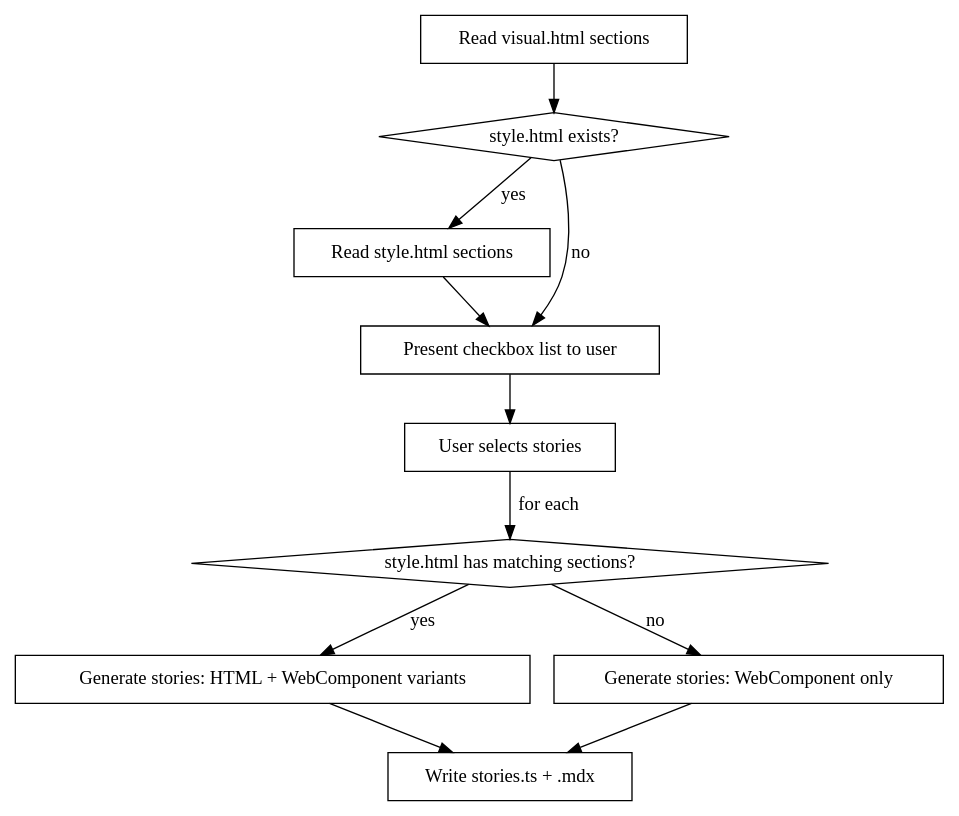
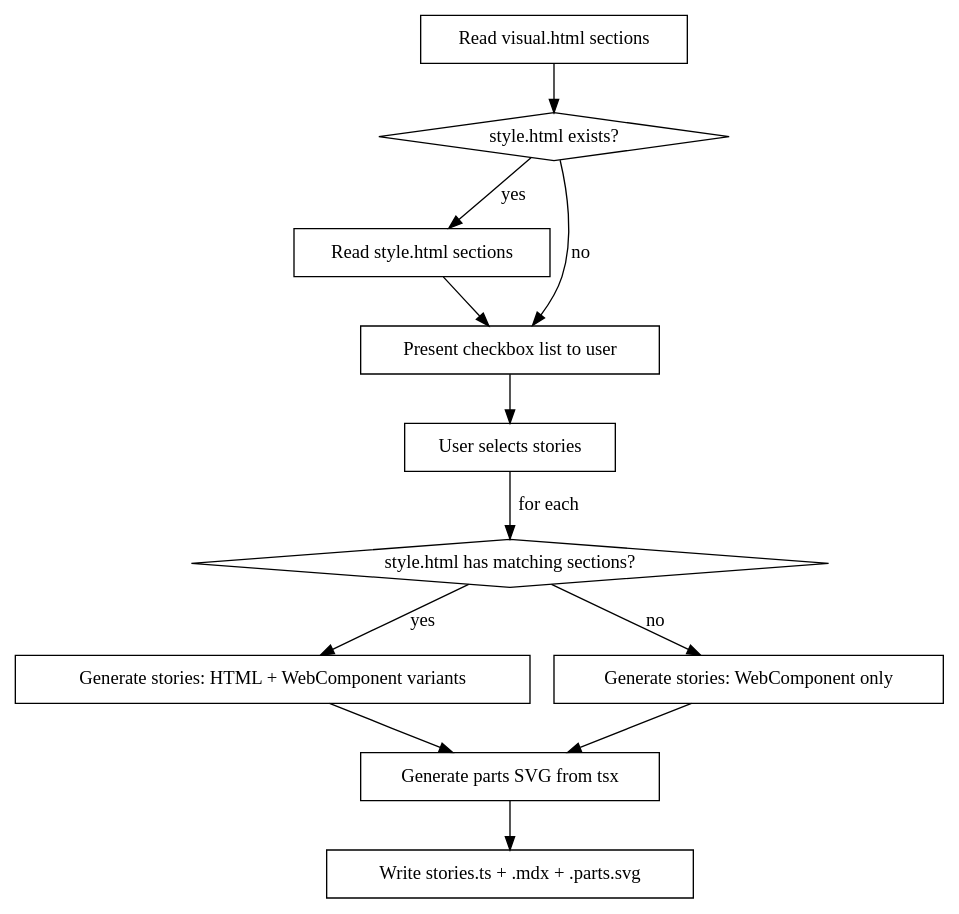
Before and after one commit to baloise/design-system: the diagram in .claude/skills/write-component-docs/SKILL.md, drawn with Graphviz. The commit also changed other lines of this file and 71 other files, not shown here.

````diff
--- a/.claude/skills/write-component-docs/SKILL.md
+++ b/.claude/skills/write-component-docs/SKILL.md
@@ -12,24 +12,26 @@
 ```dot
 digraph docs {
   "Read visual.html sections" [shape=box];
   "style.html exists?" [shape=diamond];
   "Read style.html sections" [shape=box];
   "Present checkbox list to user" [shape=box];
   "User selects stories" [shape=box];
   "style.html has matching sections?" [shape=diamond];
   "Generate stories: HTML + WebComponent variants" [shape=box];
   "Generate stories: WebComponent only" [shape=box];
-  "Write stories.ts + .mdx" [shape=box];
+  "Generate parts SVG from tsx" [shape=box];
+  "Write stories.ts + .mdx + .parts.svg" [shape=box];
 
   "Read visual.html sections" -> "style.html exists?";
   "style.html exists?" -> "Read style.html sections" [label="yes"];
   "style.html exists?" -> "Present checkbox list to user" [label="no"];
   "Read style.html sections" -> "Present checkbox list to user";
   "Present checkbox list to user" -> "User selects stories";
   "User selects stories" -> "style.html has matching sections?" [label="for each"];
   "style.html has matching sections?" -> "Generate stories: HTML + WebComponent variants" [label="yes"];
   "style.html has matching sections?" -> "Generate stories: WebComponent only" [label="no"];
-  "Generate stories: HTML + WebComponent variants" -> "Write stories.ts + .mdx";
-  "Generate stories: WebComponent only" -> "Write stories.ts + .mdx";
+  "Generate stories: HTML + WebComponent variants" -> "Generate parts SVG from tsx";
+  "Generate stories: WebComponent only" -> "Generate parts SVG from tsx";
+  "Generate parts SVG from tsx" -> "Write stories.ts + .mdx + .parts.svg";
 }
 ```
````
